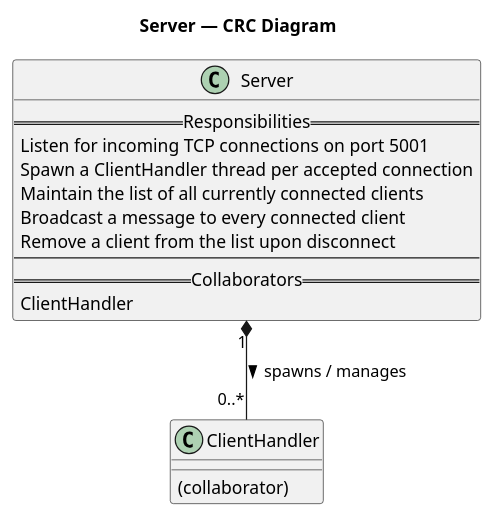
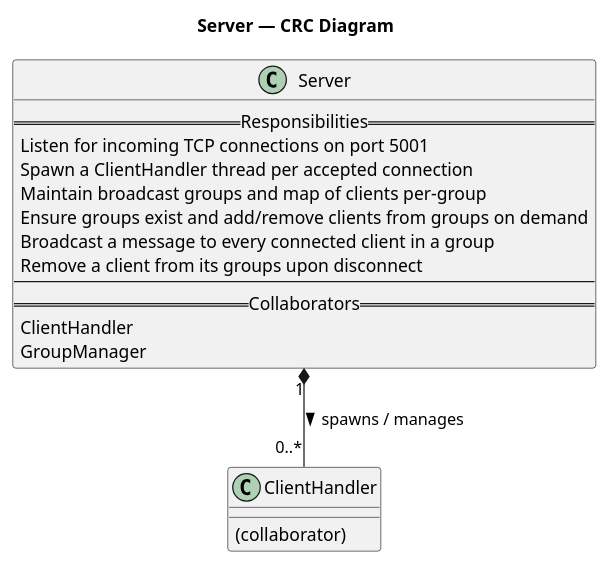
One commit to phajj/CSC2620_Hajj_Higgins_Palmer changed the diagram in docs/CRC/Server_crc_diagram.puml. Above: the diagram before and after it, drawn with PlantUML. The commit also changed 10 other files, not shown here.

```diff
--- a/docs/CRC/Server_crc_diagram.puml
+++ b/docs/CRC/Server_crc_diagram.puml
@@ -1,23 +1,25 @@
 @startuml Server_CRC
 
 title Server — CRC Diagram
 
 class Server {
   == Responsibilities ==
   Listen for incoming TCP connections on port 5001
   Spawn a ClientHandler thread per accepted connection
-  Maintain the list of all currently connected clients
-  Broadcast a message to every connected client
-  Remove a client from the list upon disconnect
+  Maintain broadcast groups and map of clients per-group
+  Ensure groups exist and add/remove clients from groups on demand
+  Broadcast a message to every connected client in a group
+  Remove a client from its groups upon disconnect
   --
   == Collaborators ==
   ClientHandler
+  GroupManager
 }
 
 class ClientHandler {
   (collaborator)
 }
 
 Server "1" *-- "0..*" ClientHandler : spawns / manages >
 
 @enduml
```
